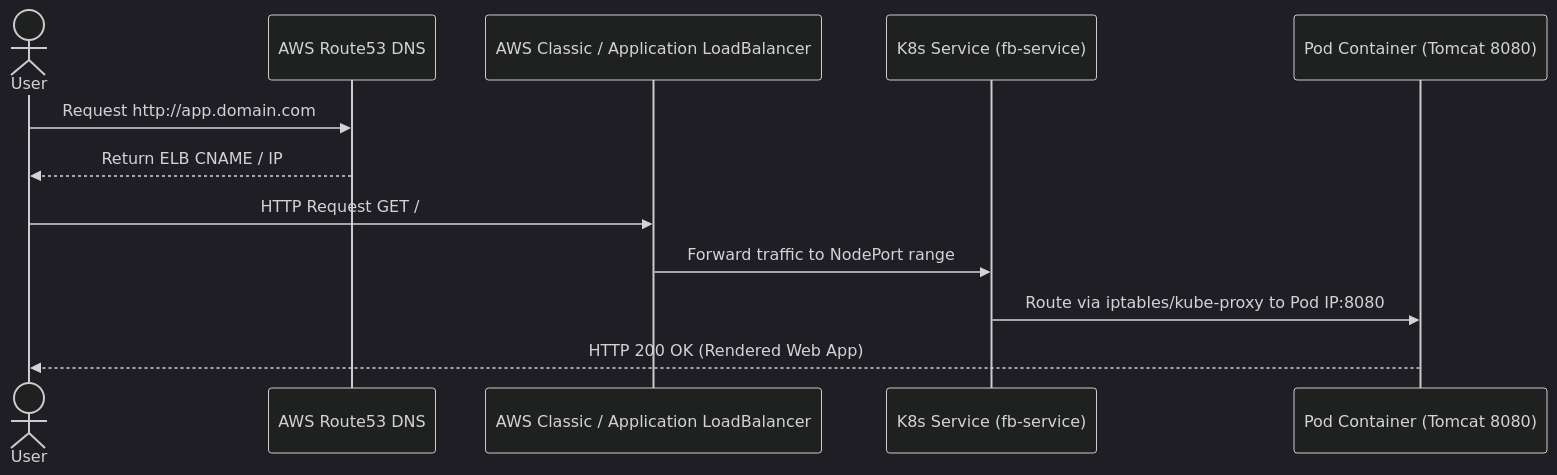
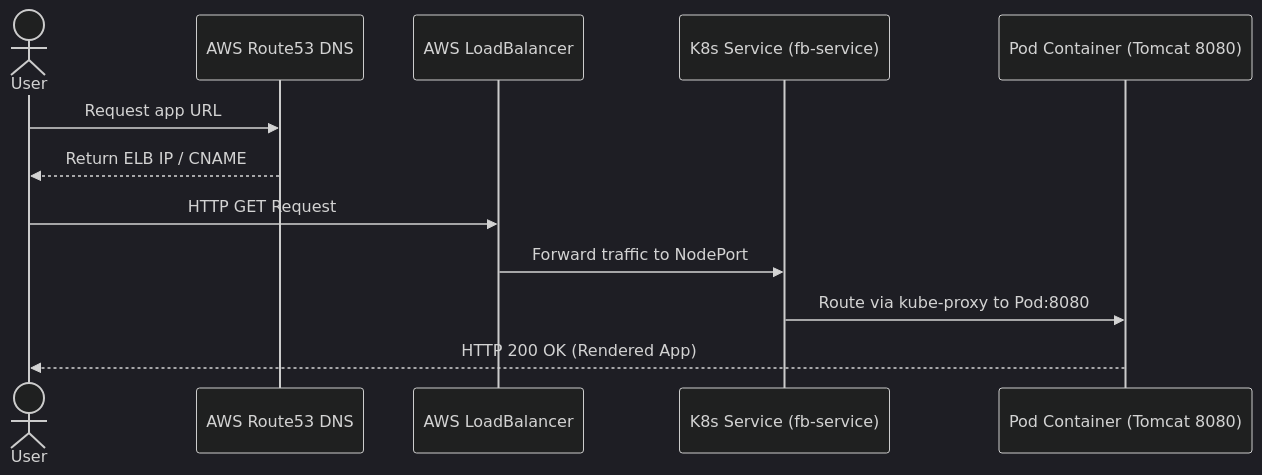
Before and after one commit to Saiteja2101/GitOps-Project: the fifth of 6 diagrams in README.md, drawn with Mermaid (dark theme). The commit also changed other lines of this file, not shown here.

Commit message:
fix(docs): resolve Mermaid syntax parse error in README

````diff
--- a/README.md
+++ b/README.md
@@ -250,15 +250,15 @@
 ```mermaid
 sequenceDiagram
     actor User
     participant Route53 as AWS Route53 DNS
-    participant ELB as AWS Classic / Application LoadBalancer
+    participant ELB as AWS LoadBalancer
     participant Service as K8s Service (fb-service)
     participant Pod as Pod Container (Tomcat 8080)
 
-    User->>Route53: Request http://app.domain.com
-    Route53-->>User: Return ELB CNAME / IP
-    User->>ELB: HTTP Request GET /
-    ELB->>Service: Forward traffic to NodePort range
-    Service->>Pod: Route via iptables/kube-proxy to Pod IP:8080
-    Pod-->>User: HTTP 200 OK (Rendered Web App)
+    User->>Route53: Request app URL
+    Route53-->>User: Return ELB IP / CNAME
+    User->>ELB: HTTP GET Request
+    ELB->>Service: Forward traffic to NodePort
+    Service->>Pod: Route via kube-proxy to Pod:8080
+    Pod-->>User: HTTP 200 OK (Rendered App)
 ```
````
